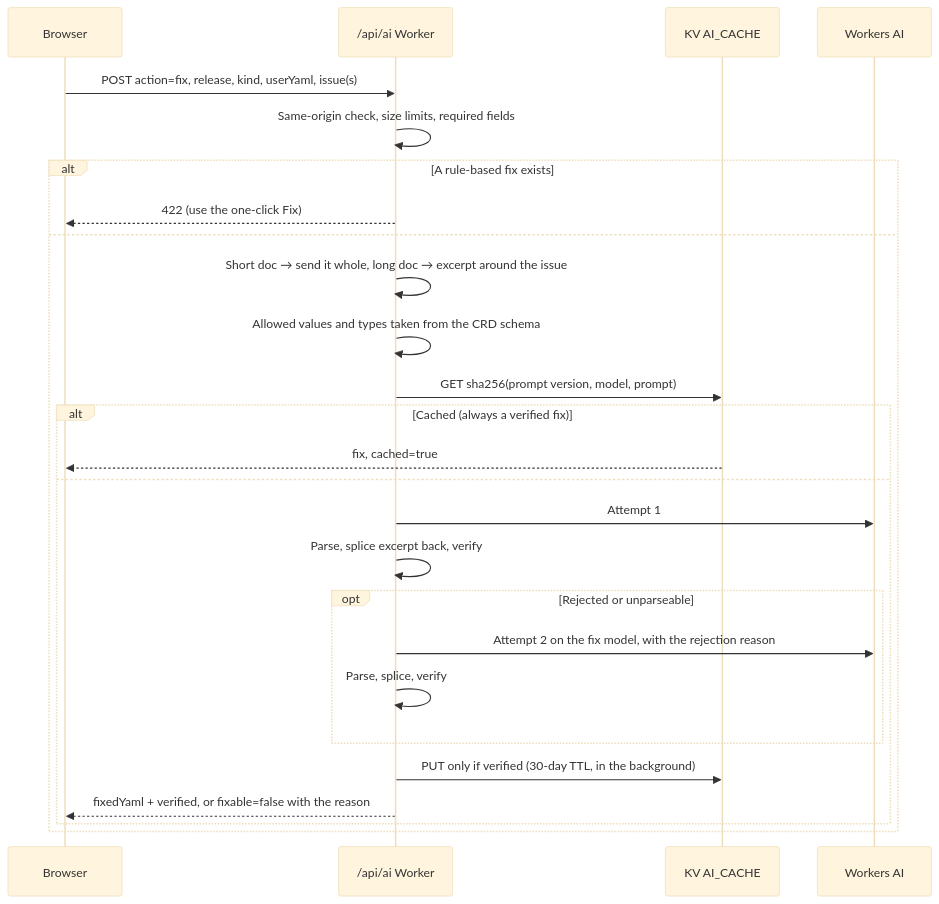
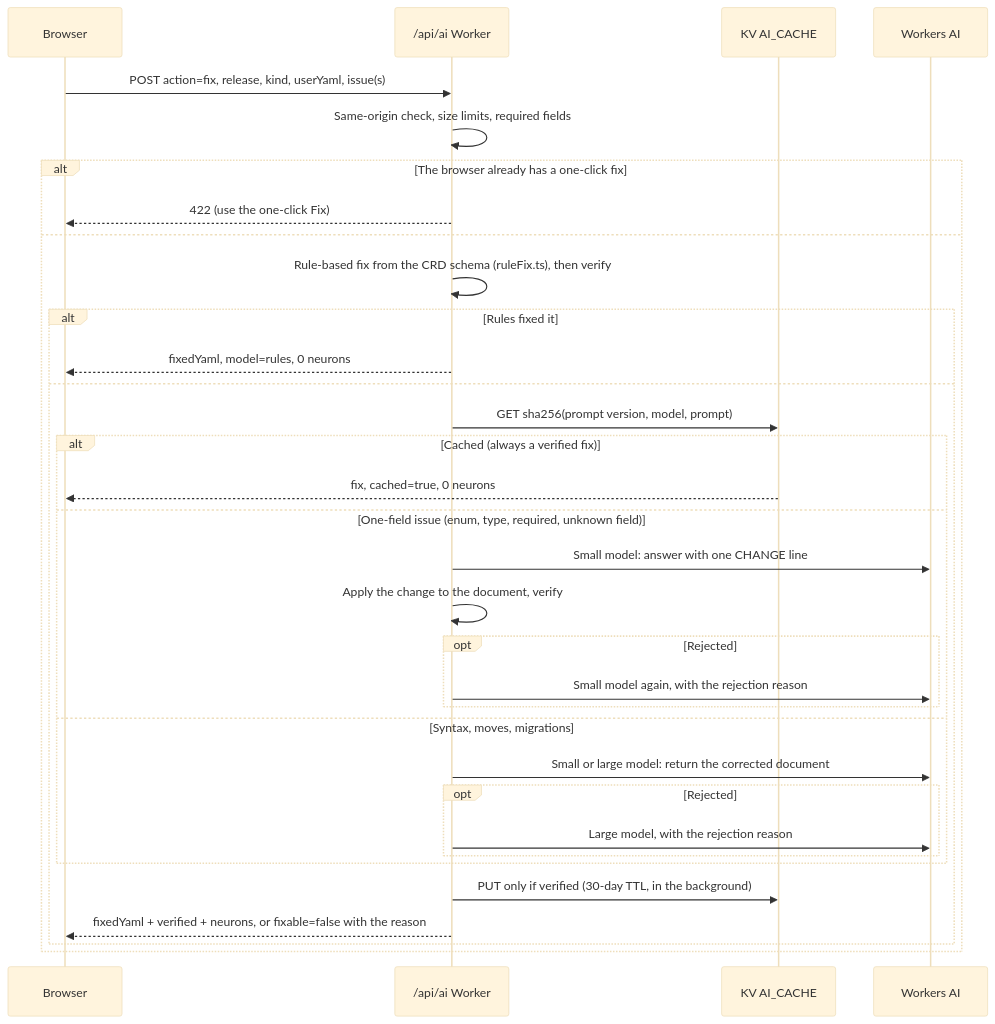
One commit to fullstopdev/resource-browser changed the first of 2 diagrams in src/lib/docs/pages/ai.md. Above: the diagram before and after it, drawn with Mermaid (base theme). The commit also changed other lines of this file and 19 other files, not shown here.

First line of the commit message:
AI Fix: rules before AI, one-line answers, fewer neurons; per-release eval.

````diff
--- a/src/lib/docs/pages/ai.md
+++ b/src/lib/docs/pages/ai.md
@@ -51,28 +54,35 @@
 ```mermaid
 sequenceDiagram
   participant B as Browser
   participant W as /api/ai Worker
   participant K as KV AI_CACHE
   participant L as Workers AI
   B->>W: POST action=fix, release, kind, userYaml, issue(s)
   W->>W: Same-origin check, size limits, required fields
-  alt A rule-based fix exists
+  alt The browser already has a one-click fix
     W-->>B: 422 (use the one-click Fix)
   else
-    W->>W: Short doc → send it whole, long doc → excerpt around the issue
-    W->>W: Allowed values and types taken from the CRD schema
-    W->>K: GET sha256(prompt version, model, prompt)
-    alt Cached (always a verified fix)
-      K-->>B: fix, cached=true
+    W->>W: Rule-based fix from the CRD schema (ruleFix.ts), then verify
+    alt Rules fixed it
+      W-->>B: fixedYaml, model=rules, 0 neurons
     else
-      W->>L: Attempt 1
-      W->>W: Parse, splice excerpt back, verify
-      opt Rejected or unparseable
-        W->>L: Attempt 2 on the fix model, with the rejection reason
-        W->>W: Parse, splice, verify
+      W->>K: GET sha256(prompt version, model, prompt)
+      alt Cached (always a verified fix)
+        K-->>B: fix, cached=true, 0 neurons
+      else One-field issue (enum, type, required, unknown field)
+        W->>L: Small model: answer with one CHANGE line
+        W->>W: Apply the change to the document, verify
+        opt Rejected
+          W->>L: Small model again, with the rejection reason
+        end
+      else Syntax, moves, migrations
+        W->>L: Small or large model: return the corrected document
+        opt Rejected
+          W->>L: Large model, with the rejection reason
+        end
       end
       W->>K: PUT only if verified (30-day TTL, in the background)
-      W-->>B: fixedYaml + verified, or fixable=false with the reason
+      W-->>B: fixedYaml + verified + neurons, or fixable=false with the reason
     end
   end
 ```
````
